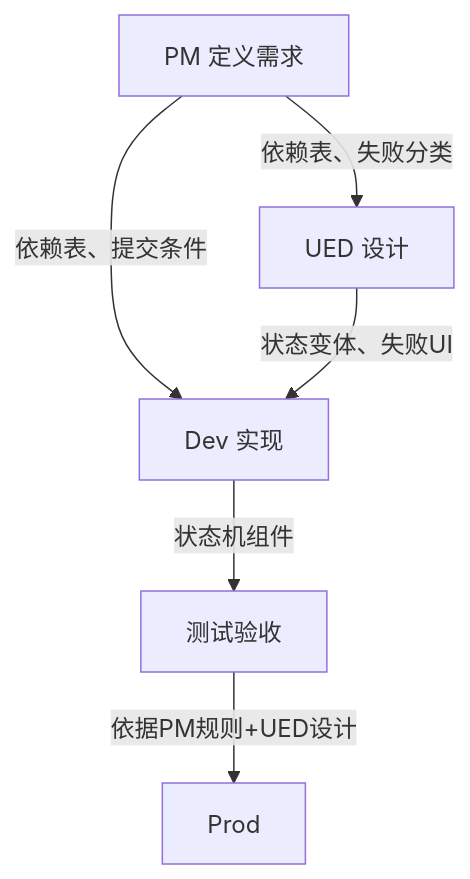
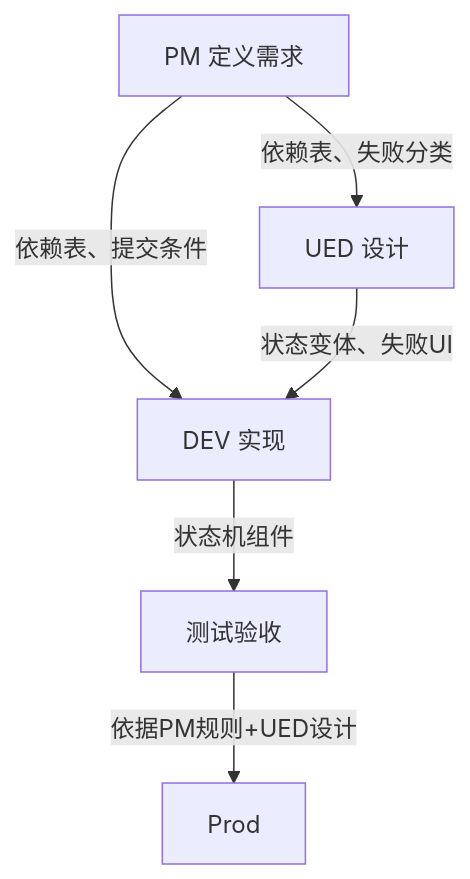
Before and after one commit to theyangsong/evergreen-design-system-doc: the third of 3 diagrams in src/content/docs/scenes/data-submission/design.desktop.md, drawn with Mermaid. The commit also changed other lines of this file and 87 other files, not shown here.

````diff
--- a/src/content/docs/scenes/data-submission/design.desktop.md
+++ b/src/content/docs/scenes/data-submission/design.desktop.md
@@ -408,9 +414,9 @@
 ```mermaid
 graph TD
     PM[PM 定义需求] -->|依赖表、失败分类| UED
-    PM -->|依赖表、提交条件| Dev
-    UED[UED 设计] -->|状态变体、失败UI| Dev
-    Dev[Dev 实现] -->|状态机组件| QA
+    PM -->|依赖表、提交条件| DEV
+    UED[UED 设计] -->|状态变体、失败UI| DEV
+    DEV[DEV 实现] -->|状态机组件| QA
     QA[测试验收] -->|依据PM规则+UED设计| Prod
     
 ```
````
